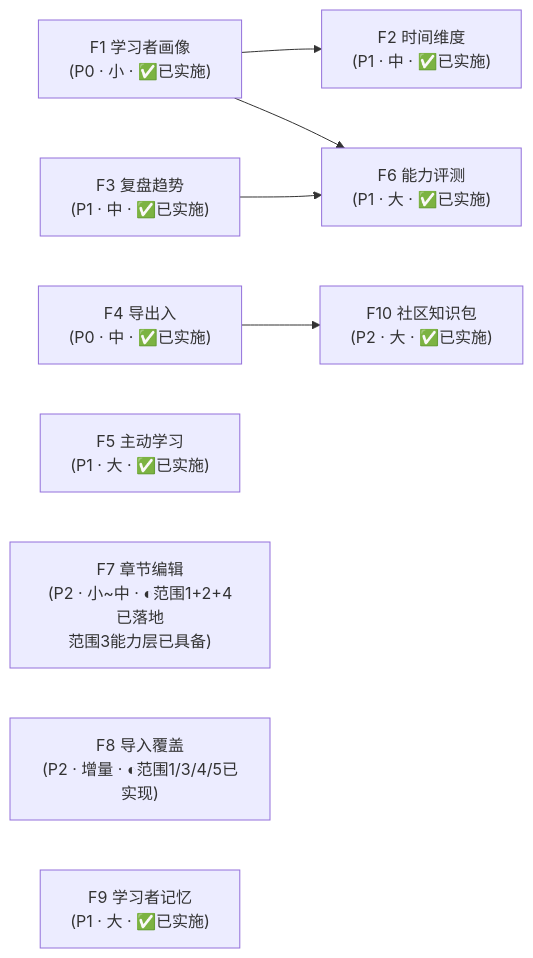
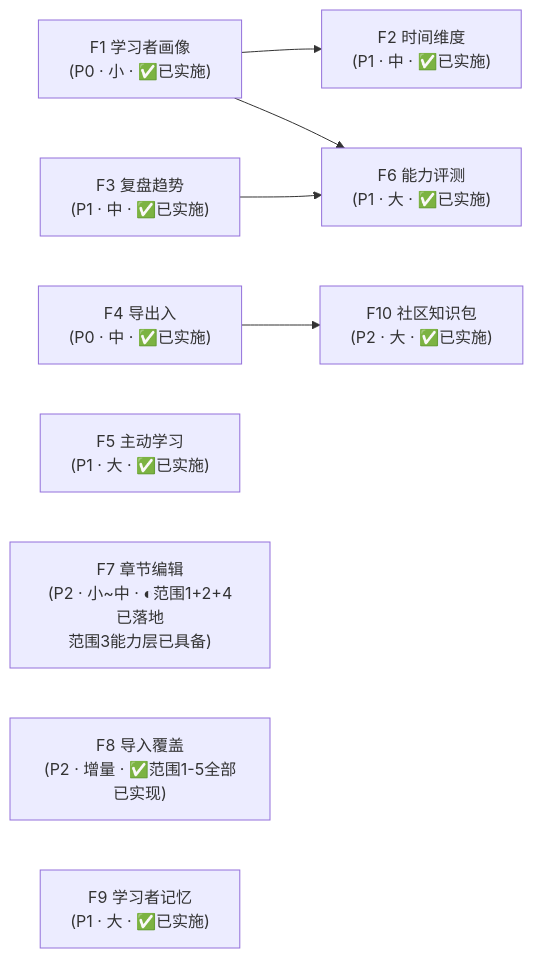
The diagram in docs/roadmap-next-features-plan-2026-09.md (JackXuyi/Personal-Learning-OS), drawn with Mermaid before and after one commit. The commit also changed other lines of this file and 8 other files, not shown here.

````diff
--- a/docs/roadmap-next-features-plan-2026-09.md
+++ b/docs/roadmap-next-features-plan-2026-09.md
@@ -535,24 +543,24 @@
 ```mermaid
 flowchart LR
     F1["F1 学习者画像<br/>(P0 · 小 · ✅已实施)"]
     F4["F4 导出入<br/>(P0 · 中 · ✅已实施)"]
     F3["F3 复盘趋势<br/>(P1 · 中 · ✅已实施)"]
     F2["F2 时间维度<br/>(P1 · 中 · ✅已实施)"]
     F5["F5 主动学习<br/>(P1 · 大 · ✅已实施)"]
     F6["F6 能力评测<br/>(P1 · 大 · ✅已实施)"]
     F7["F7 章节编辑<br/>(P2 · 小~中 · ◐范围1+2+4已落地<br/>范围3能力层已具备)"]
-    F8["F8 导入覆盖<br/>(P2 · 增量 · ◐范围1/3/4/5已实现)"]
+    F8["F8 导入覆盖<br/>(P2 · 增量 · ✅范围1-5全部已实现)"]
     F9["F9 学习者记忆<br/>(P1 · 大 · ✅已实施)"]
     F10["F10 社区知识包<br/>(P2 · 大 · ✅已实施)"]
 
     F1 --> F2
     F1 --> F6
     F3 --> F6
     F4 --> F10
     F4
     F5
     F7
     F8
     F9
     F10
 ```
````
